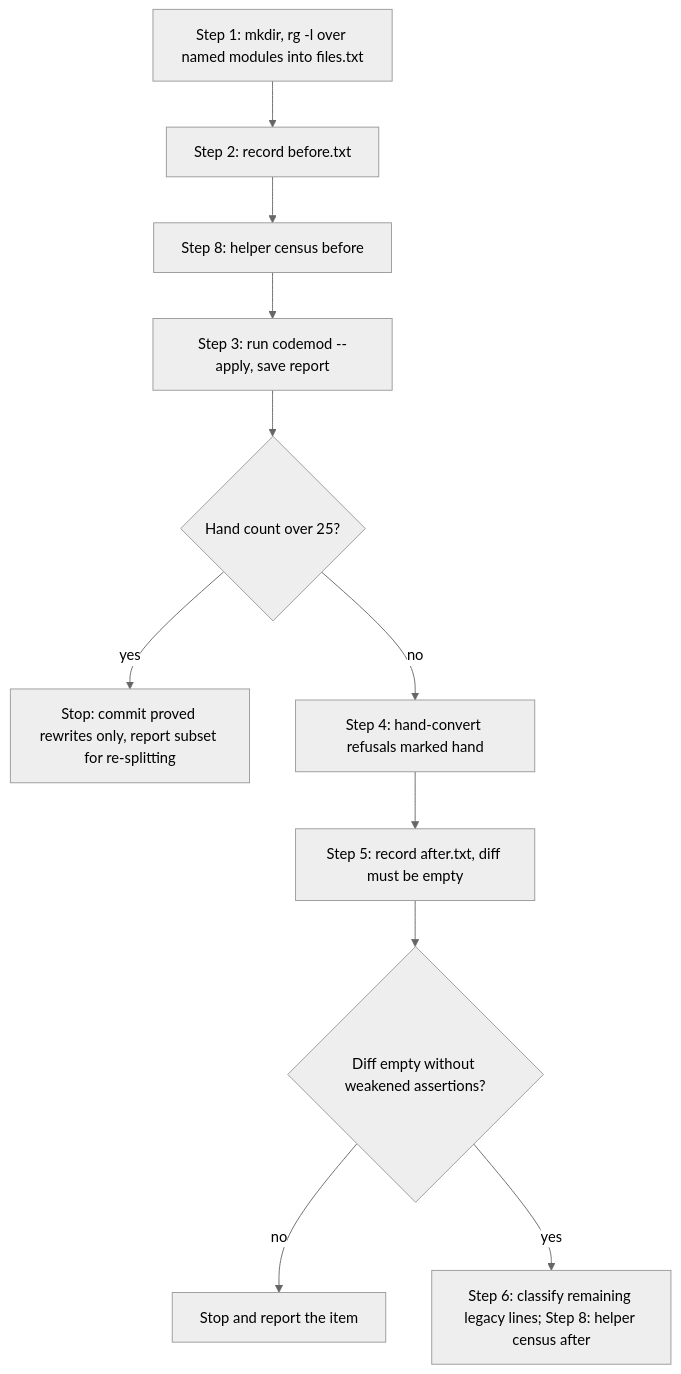
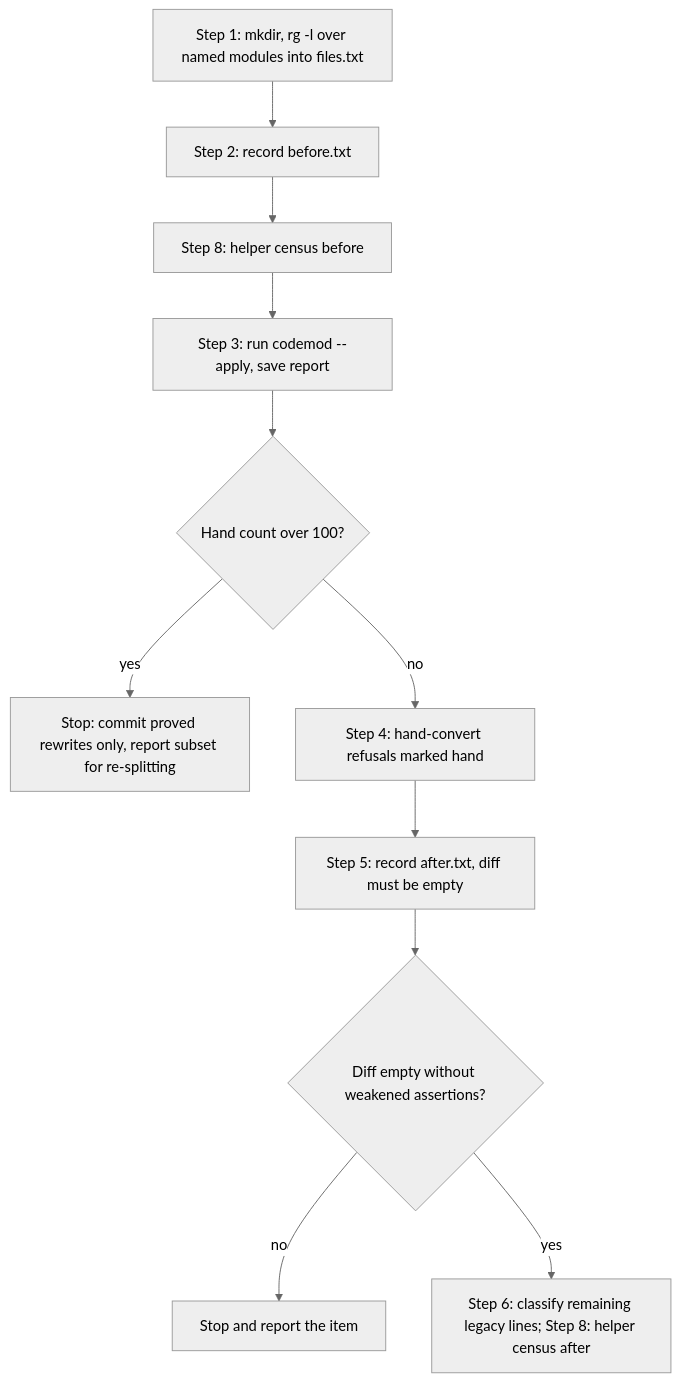
Before and after one commit to fariello/agent-workflows: the diagram in .aw/records/plans/pending/20261109-metastore-184-2zo3g5-move-spec-plan-lifecycle-and-orchestration-test-data-chunk-3.ipd.md, drawn with Mermaid (neutral theme). The commit also changed other lines of this file and 11 other files, not shown here.

````diff
--- a/.aw/records/plans/pending/20261109-metastore-184-2zo3g5-move-spec-plan-lifecycle-and-orchestration-test-data-chunk-3.ipd.md
+++ b/.aw/records/plans/pending/20261109-metastore-184-2zo3g5-move-spec-plan-lifecycle-and-orchestration-test-data-chunk-3.ipd.md
@@ -115,13 +116,13 @@
 ```mermaid
 flowchart TD
     S1["Step 1: mkdir, rg -l over named modules into files.txt"] --> S2["Step 2: record before.txt"]
     S2 --> S8a["Step 8: helper census before"]
     S8a --> S3["Step 3: run codemod --apply, save report"]
-    S3 --> C{"Hand count over 25?"}
+    S3 --> C{"Hand count over 100?"}
     C -->|yes| R["Stop: commit proved rewrites only, report subset for re-splitting"]
     C -->|no| S4["Step 4: hand-convert refusals marked hand"]
     S4 --> S5["Step 5: record after.txt, diff must be empty"]
     S5 --> D{"Diff empty without weakened assertions?"}
     D -->|no| R2["Stop and report the item"]
     D -->|yes| S6["Step 6: classify remaining legacy lines; Step 8: helper census after"]
 ```
````
